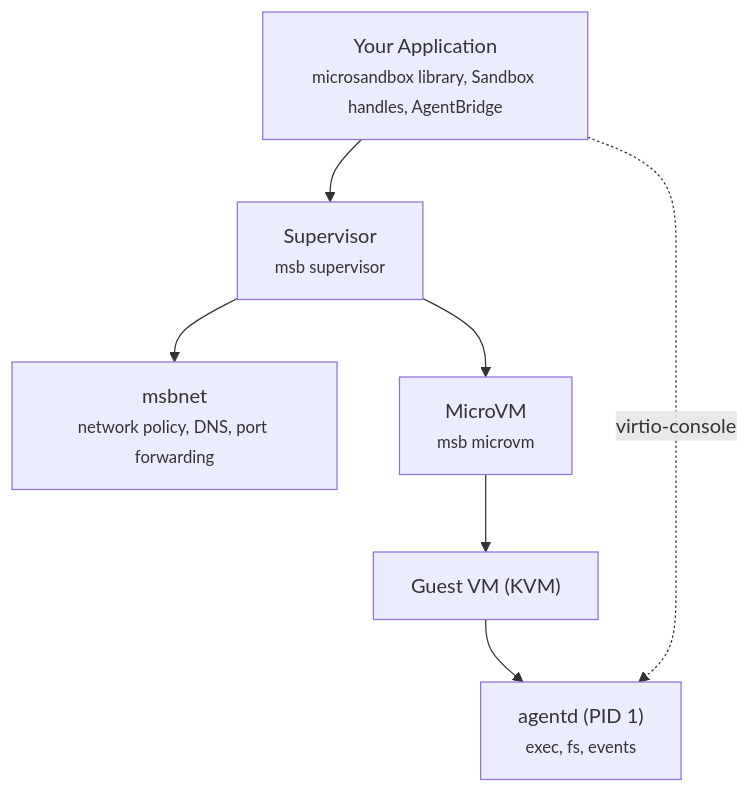
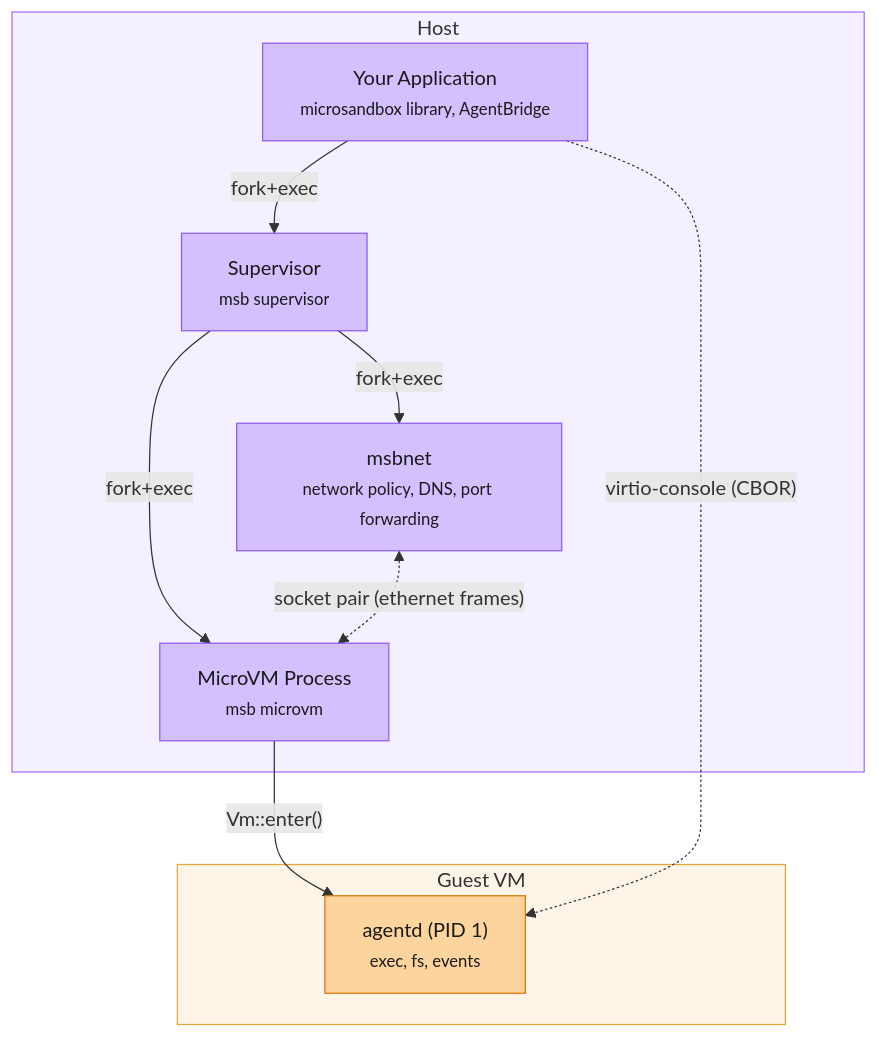
One commit to superradcompany/microsandbox changed the second of 2 diagrams in docs/sandboxes/lifecycle.mdx. Above: the diagram before and after it, drawn with Mermaid. The commit also changed other lines of this file, not shown here.

Commit message:
docs: improve runtime architecture diagram with subgraph boundaries and colors
Add Host and Guest VM subgraph boundaries to the mermaid diagram,
label all arrows with relationship types (fork+exec, Vm::enter(),
virtio-console, socket pair), and apply distinct color schemes
to each boundary and its items.

````diff
--- a/docs/sandboxes/lifecycle.mdx
+++ b/docs/sandboxes/lifecycle.mdx
@@ -210,9 +210,28 @@
 ```mermaid
 graph TD
-    A["Your Application<br/><small>microsandbox library, Sandbox handles, AgentBridge</small>"] --> B["Supervisor<br/><small>msb supervisor</small>"]
-    A -. "virtio-console" .-> F
-    B --> C["msbnet<br/><small>network policy, DNS, port forwarding</small>"]
-    B --> D["MicroVM<br/><small>msb microvm</small>"]
-    D --> E["Guest VM (KVM)"]
-    E --> F["agentd (PID 1)<br/><small>exec, fs, events</small>"]
+    subgraph Host["Host"]
+        A["Your Application<br/><small>microsandbox library, AgentBridge</small>"]
+        B["Supervisor<br/><small>msb supervisor</small>"]
+        C["msbnet<br/><small>network policy, DNS, port forwarding</small>"]
+        D["MicroVM Process<br/><small>msb microvm</small>"]
+    end
+
+    subgraph Guest["Guest VM"]
+        F["agentd (PID 1)<br/><small>exec, fs, events</small>"]
+    end
+
+    A -- "fork+exec" --> B
+    B -- "fork+exec" --> C
+    B -- "fork+exec" --> D
+    D -- "Vm::enter()" --> F
+    A -. "virtio-console (CBOR)" .-> F
+    C <-. "socket pair (ethernet frames)" .-> D
+
+    style Host fill:#f5f0ff,stroke:#a770ef,color:#333
+    style Guest fill:#fef4e8,stroke:#e8a838,color:#333
+    style A fill:#d4bfff,stroke:#8b5cf6,color:#1a1a1a
+    style B fill:#d4bfff,stroke:#8b5cf6,color:#1a1a1a
+    style C fill:#d4bfff,stroke:#8b5cf6,color:#1a1a1a
+    style D fill:#d4bfff,stroke:#8b5cf6,color:#1a1a1a
+    style F fill:#fdd49e,stroke:#d97706,color:#1a1a1a
 ```
````
